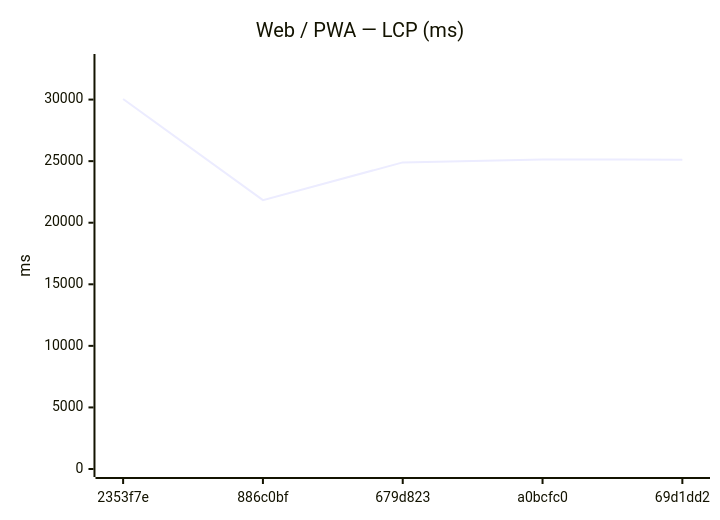
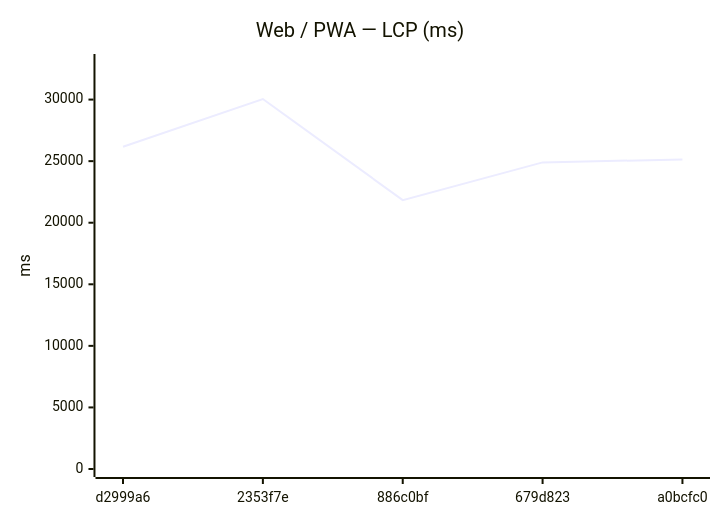
One commit to Metaheurist/Rianell changed the fifth of 12 diagrams in benchmarks/compare.md. Above: the diagram before and after it, drawn with Mermaid. The commit also changed other lines of this file and 8 other files, not shown here.

````diff
--- a/benchmarks/compare.md
+++ b/benchmarks/compare.md
@@ -82,7 +82,7 @@
 ```mermaid
 xychart-beta
     title "Web / PWA — LCP (ms)"
-    x-axis ["2353f7e", "886c0bf", "679d823", "a0bcfc0", "69d1dd2"]
+    x-axis ["d2999a6", "2353f7e", "886c0bf", "679d823", "a0bcfc0"]
     y-axis "ms" 0 --> 33052
-    line [30047, 21835, 24900, 25139, 25124]
+    line [26164, 30047, 21835, 24900, 25139]
 ```
````
